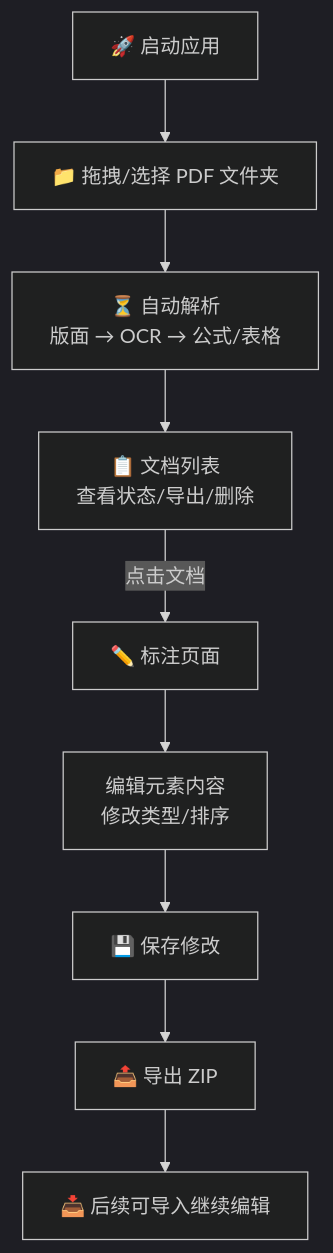
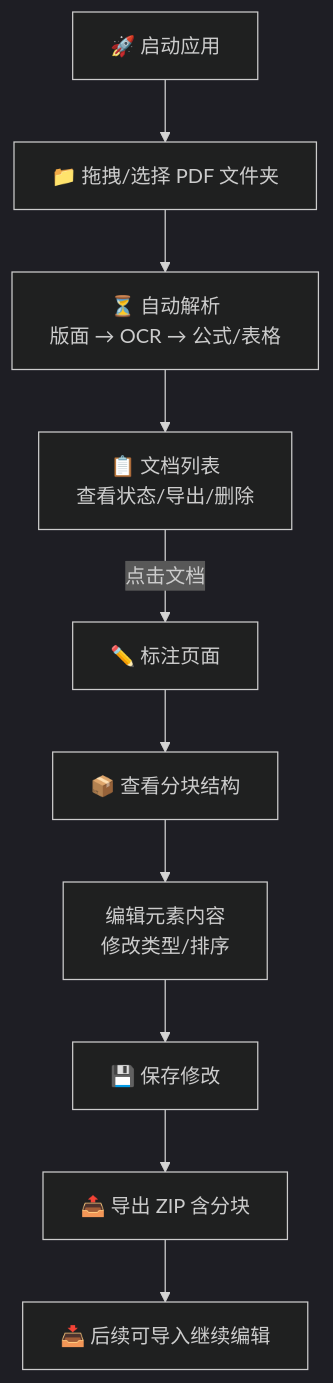
One commit to catnlp/doc_parser_data_engine changed the fifth of 5 diagrams in README.md. Above: the diagram before and after it, drawn with Mermaid (dark theme). The commit also changed other lines of this file and 17 other files, not shown here.

First line of the commit message:
feat: add chunk list view, ZIP export with chunks, and README docs

````diff
--- a/README.md
+++ b/README.md
@@ -159,11 +204,12 @@
 ```mermaid
 flowchart TD
     START[🚀 启动应用] --> UPLOAD[📁 拖拽/选择 PDF 文件夹]
     UPLOAD --> PARSE[⏳ 自动解析<br/>版面 → OCR → 公式/表格]
     PARSE --> LIST[📋 文档列表<br/>查看状态/导出/删除]
     LIST -->|点击文档| ANNOTATE[✏️ 标注页面]
-    ANNOTATE --> EDIT[编辑元素内容<br/>修改类型/排序]
+    ANNOTATE --> CHUNK[📦 查看分块结构]
+    CHUNK --> EDIT[编辑元素内容<br/>修改类型/排序]
     EDIT --> SAVE[💾 保存修改]
-    SAVE --> EXPORT[📤 导出 ZIP]
+    SAVE --> EXPORT[📤 导出 ZIP 含分块]
     EXPORT --> IMPORT[📥 后续可导入继续编辑]
 ```
````
